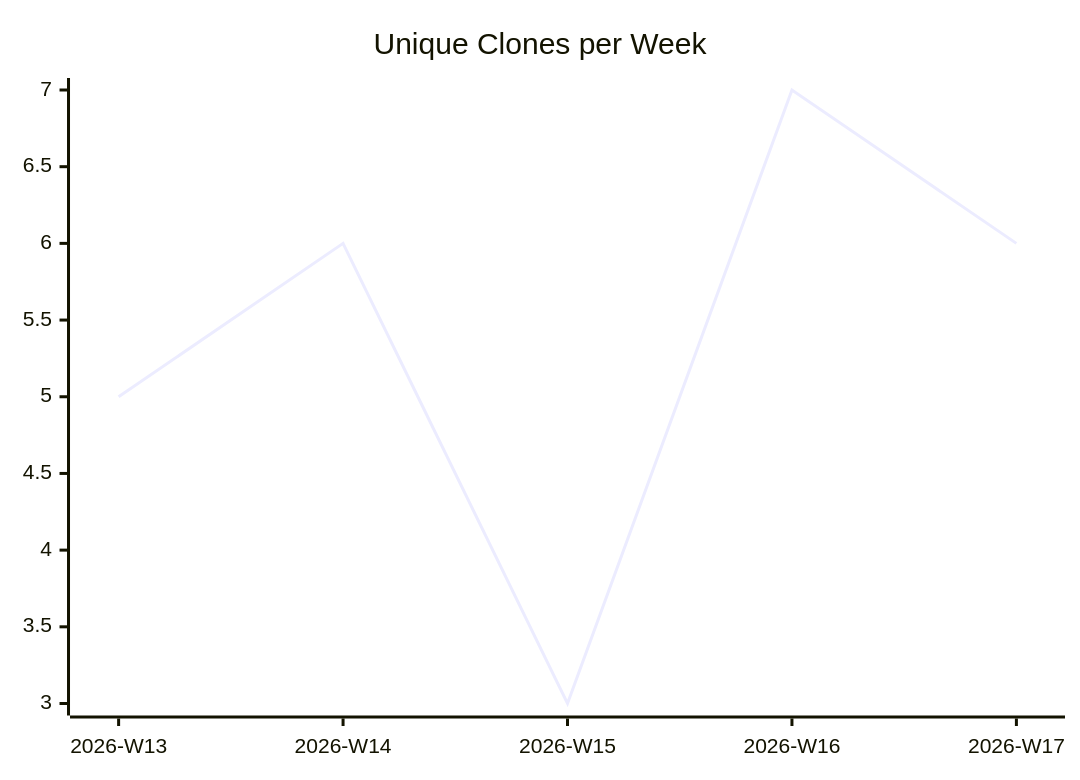
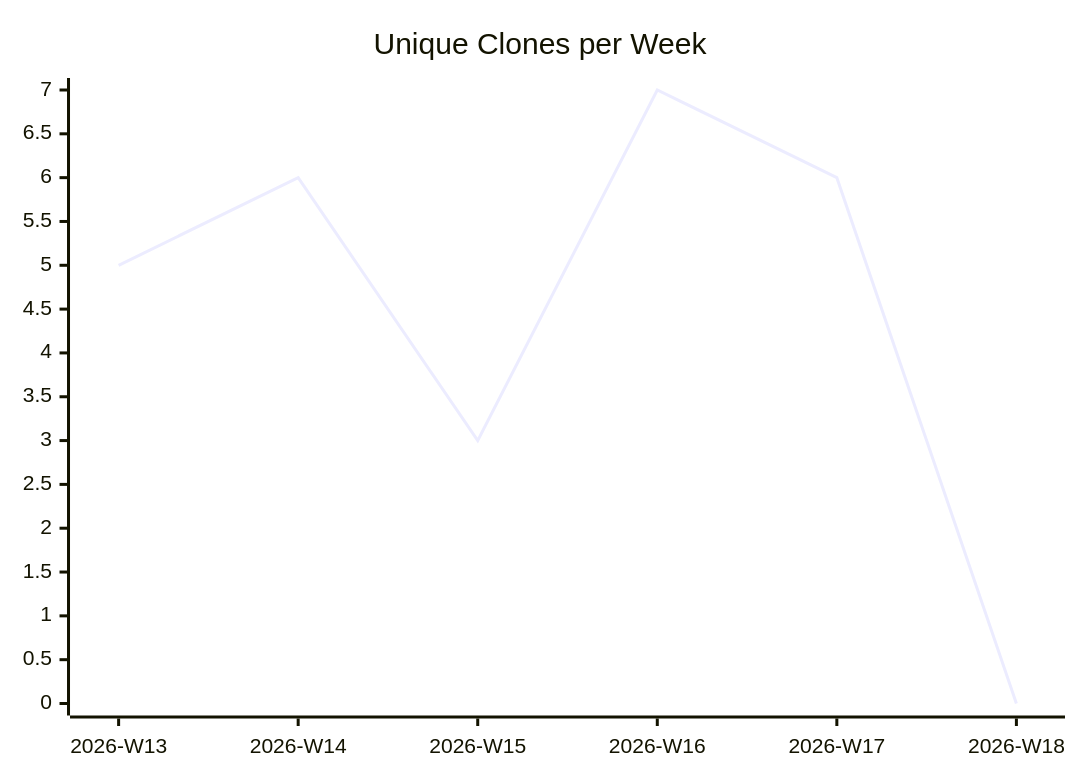
The third of 3 diagrams in karlmdavis/kxml2/README.md (justdavis-family/github-analytics-data), drawn with Mermaid before and after one commit. The commit also changed other lines of this file and 184 other files, not shown here.

````diff
--- a/karlmdavis/kxml2/README.md
+++ b/karlmdavis/kxml2/README.md
@@ -19,6 +19,6 @@
 ```mermaid
 xychart-beta
   title "Unique Clones per Week"
-  x-axis ["2026-W13", "2026-W14", "2026-W15", "2026-W16", "2026-W17"]
-  line [5, 6, 3, 7, 6]
+  x-axis ["2026-W13", "2026-W14", "2026-W15", "2026-W16", "2026-W17", "2026-W18"]
+  line [5, 6, 3, 7, 6, 0]
 ```
````
